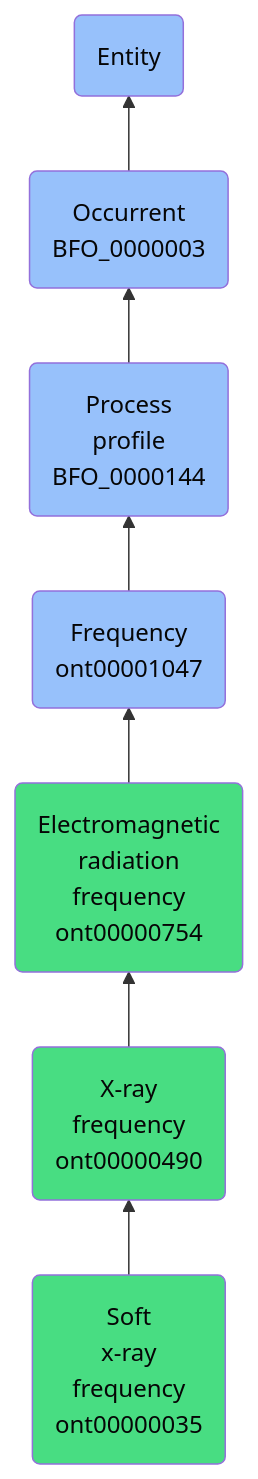
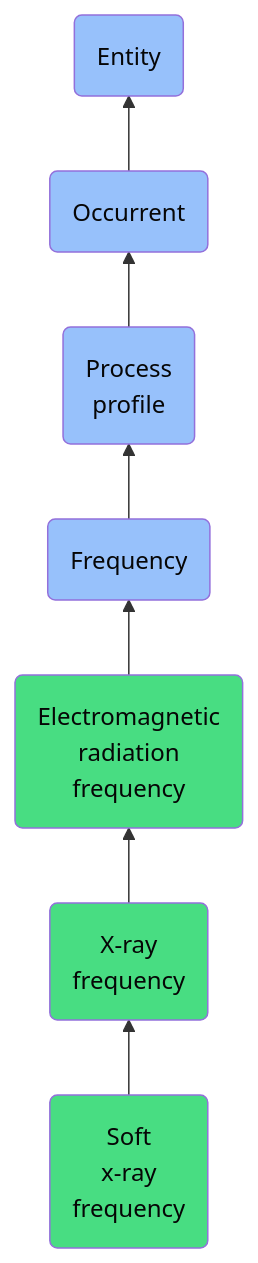
Before and after one commit to jupyter-naas/abi: the diagram in docs/ontology/reference/model/Entity/Occurrent/Process profile/Frequency/Electromagnetic radiation frequency/X-ray frequency/Soft x-ray frequency/Soft x-ray frequency.md, drawn with Mermaid. The commit also changed other lines of this file and 1430 other files, not shown here.

````diff
--- a/docs/ontology/reference/model/Entity/Occurrent/Process profile/Frequency/Electromagnetic radiation frequency/X-ray frequency/Soft x-ray frequency/Soft x-ray frequency.md
+++ b/docs/ontology/reference/model/Entity/Occurrent/Process profile/Frequency/Electromagnetic radiation frequency/X-ray frequency/Soft x-ray frequency/Soft x-ray frequency.md
@@ -24,14 +24,14 @@
 ```mermaid
 graph BT
-    ont00000035(Soft<br>x-ray<br>frequency<br>ont00000035):::ABI-->ont00000490
-    ont00000490(X-ray<br>frequency<br>ont00000490):::ABI-->ont00000754
-    ont00000754(Electromagnetic<br>radiation<br>frequency<br>ont00000754):::ABI-->ont00001047
-    ont00001047(Frequency<br>ont00001047):::BFO-->BFO_0000144
-    BFO_0000144(Process<br>profile<br>BFO_0000144):::BFO-->BFO_0000003
-    BFO_0000003(Occurrent<br>BFO_0000003):::BFO-->BFO_0000001
+    ont00000035(Soft<br>x-ray<br>frequency):::ABI-->ont00000490
+    ont00000490(X-ray<br>frequency):::ABI-->ont00000754
+    ont00000754(Electromagnetic<br>radiation<br>frequency):::ABI-->ont00001047
+    ont00001047(Frequency):::BFO-->BFO_0000144
+    BFO_0000144(Process<br>profile):::BFO-->BFO_0000003
+    BFO_0000003(Occurrent):::BFO-->BFO_0000001
     BFO_0000001(Entity):::BFO
     
     classDef BFO fill:#97c1fb,color:#060606
     classDef CCO fill:#e4c51e,color:#060606
     classDef ABI fill:#48DD82,color:#060606
 ```
````
